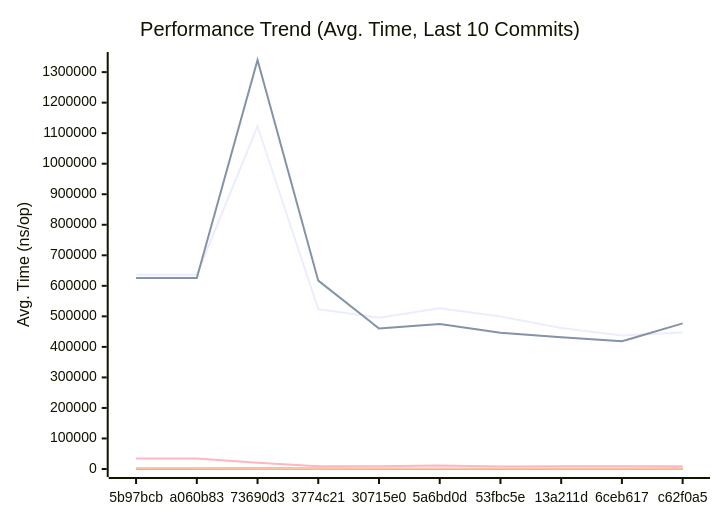
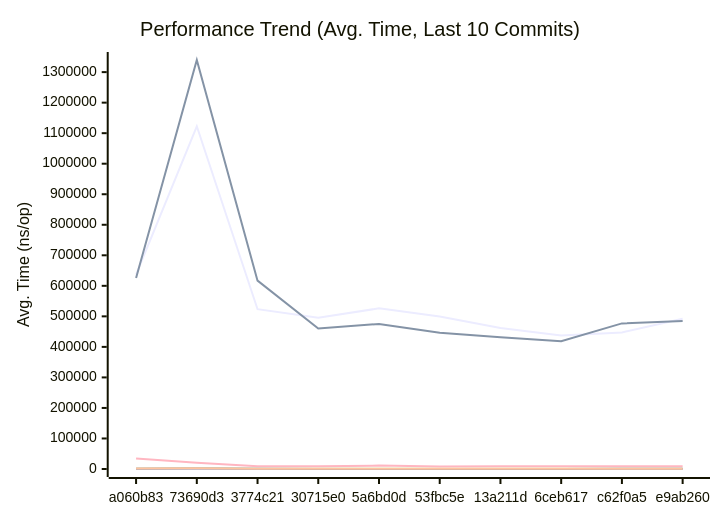
One commit to alsotoes/momo changed the first of 3 diagrams in docs/PERFORMANCE.md. Above: the diagram before and after it, drawn with Mermaid. The commit also changed other lines of this file and 3 other files, not shown here.

````diff
--- a/docs/PERFORMANCE.md
+++ b/docs/PERFORMANCE.md
@@ -145,20 +145,20 @@
 ```mermaid
 xychart-beta
     title "Performance Trend (Avg. Time, Last 10 Commits)"
     x-axis "Commit"
     y-axis "Avg. Time (ns/op)"
-    x-axis [5b97bcb,a060b83,73690d3,3774c21,30715e0,5a6bd0d,53fbc5e,13a211d,6ceb617,c62f0a5]
-    line "AWSChunkedReaderSigned" [636323,636323,1122523,523462,495636,526187,499710,461886,437350,447444]
-    line "AWSChunkedReaderUnsigned" [625607,625607,1339704,616920,460494,474985,445923,431657,418289,476966]
-    line "CheckMetricsAndSwap" [19,19,26,13,11,9,10,9,8,10]
-    line "CrushOptimized" [680,680,668,404,465,338,334,350,344,353]
-    line "CrushOriginal" [752,752,1263,789,466,508,437,504,419,488]
-    line "IndexDirectTracking" [0,0,1,1,0,0,0,0,0,0]
-    line "IndexSearch" [3,3,4,2,3,3,3,3,3,3]
-    line "LoadGlobalConfig" [34747,34747,20485,8970,9224,11173,8541,8919,8720,9023]
-    line "PadString" [128,128,128,43,48,49,42,41,39,53]
+    x-axis [a060b83,73690d3,3774c21,30715e0,5a6bd0d,53fbc5e,13a211d,6ceb617,c62f0a5,e9ab260]
+    line "AWSChunkedReaderSigned" [636323,1122523,523462,495636,526187,499710,461886,437350,447444,492332]
+    line "AWSChunkedReaderUnsigned" [625607,1339704,616920,460494,474985,445923,431657,418289,476966,484821]
+    line "CheckMetricsAndSwap" [19,26,13,11,9,10,9,8,10,9]
+    line "CrushOptimized" [680,668,404,465,338,334,350,344,353,345]
+    line "CrushOriginal" [752,1263,789,466,508,437,504,419,488,472]
+    line "IndexDirectTracking" [0,1,1,0,0,0,0,0,0,0]
+    line "IndexSearch" [3,4,2,3,3,3,3,3,3,3]
+    line "LoadGlobalConfig" [34747,20485,8970,9224,11173,8541,8919,8720,9023,9306]
+    line "PadString" [128,128,43,48,49,42,41,39,53,47]
     line "ParseReplicationOrder_NoPrealloc" [350,349,357,354,345,225,229,165,232,234]
     line "ParseReplicationOrder_Prealloc" [229,231,237,234,229,108,107,80,110,109]
-    line "SanitizeLog/Safe" [827,827,1308,563,313,284,240,213,224,479]
-    line "SanitizeLog/Unsafe" [1598,1598,2365,598,812,896,723,708,682,607]
+    line "SanitizeLog/Safe" [827,1308,563,313,284,240,213,224,479,445]
+    line "SanitizeLog/Unsafe" [1598,2365,598,812,896,723,708,682,607,651]
 ```
````
